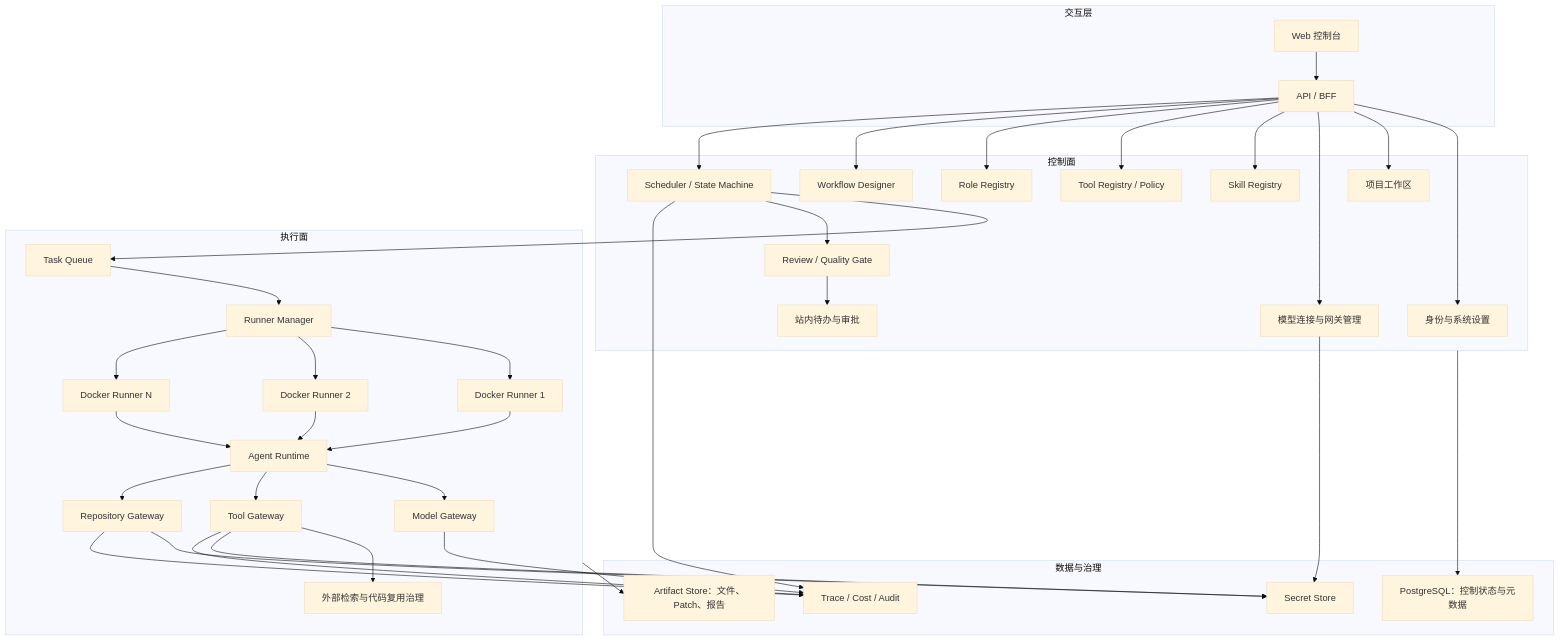
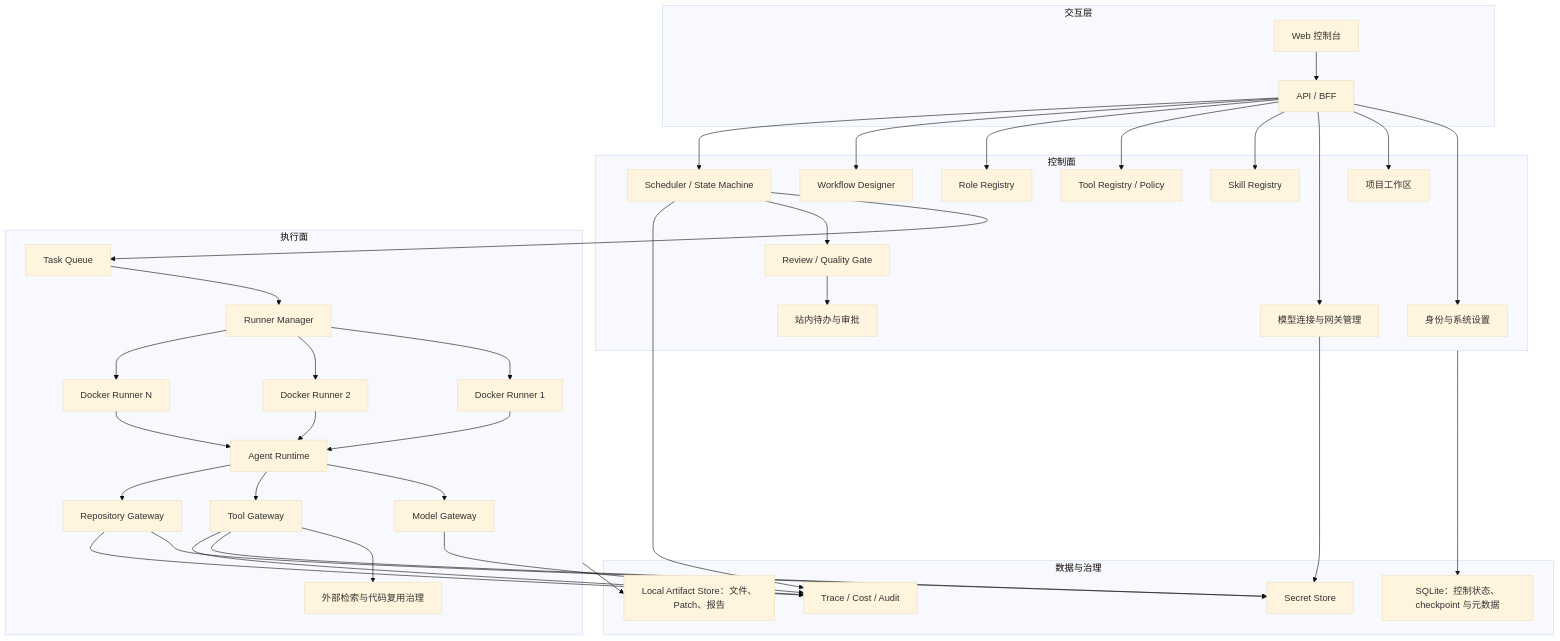
Before and after one commit to mei-lun/multi-agent-flow: the first of 9 diagrams in doc/多Agent协同工具需求分析文档.md, drawn with Mermaid (base theme). The commit also changed other lines of this file and 187 other files, not shown here.

````diff
--- a/doc/多Agent协同工具需求分析文档.md
+++ b/doc/多Agent协同工具需求分析文档.md
@@ -77,73 +79,73 @@
 ```mermaid
 flowchart TB
     subgraph UX["交互层"]
         WEB["Web 控制台"]
         BFF["API / BFF"]
     end
 
     subgraph CP["控制面"]
         IAM["身份与系统设置"]
         PROJ["项目工作区"]
         MODEL["模型连接与网关管理"]
         SKILL["Skill Registry"]
         TOOL["Tool Registry / Policy"]
         ROLE["Role Registry"]
         WF["Workflow Designer"]
         SCH["Scheduler / State Machine"]
         REVIEW["Review / Quality Gate"]
         INBOX["站内待办与审批"]
     end
 
     subgraph DP["执行面"]
         QUEUE["Task Queue"]
         RM["Runner Manager"]
         R1["Docker Runner 1"]
         R2["Docker Runner 2"]
         RN["Docker Runner N"]
         AR["Agent Runtime"]
         MG["Model Gateway"]
         TG["Tool Gateway"]
         RG["Repository Gateway"]
         REUSE["外部检索与代码复用治理"]
     end
 
     subgraph DATA["数据与治理"]
-        DB["PostgreSQL：控制状态与元数据"]
-        AS["Artifact Store：文件、Patch、报告"]
+        DB["SQLite：控制状态、checkpoint 与元数据"]
+        AS["Local Artifact Store：文件、Patch、报告"]
         SEC["Secret Store"]
         OBS["Trace / Cost / Audit"]
     end
 
     WEB --> BFF
     BFF --> IAM
     BFF --> PROJ
     BFF --> MODEL
     BFF --> SKILL
     BFF --> TOOL
     BFF --> ROLE
     BFF --> WF
     BFF --> SCH
     SCH --> QUEUE
     QUEUE --> RM
     RM --> R1
     RM --> R2
     RM --> RN
     R1 --> AR
     R2 --> AR
     RN --> AR
     AR --> MG
     AR --> TG
     AR --> RG
     TG --> REUSE
     SCH --> REVIEW
     REVIEW --> INBOX
     CP --> DB
     DP --> AS
     MODEL --> SEC
     TG --> SEC
     RG --> SEC
     SCH --> OBS
     MG --> OBS
     TG --> OBS
     RG --> OBS
 ```
````
